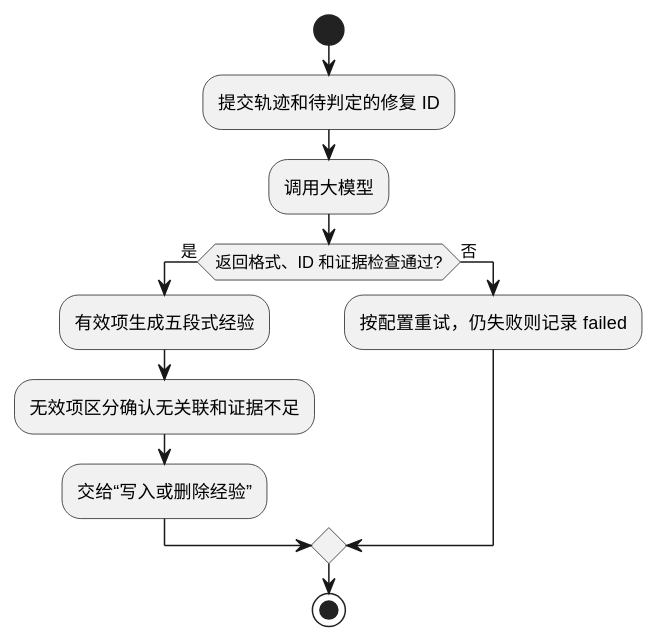
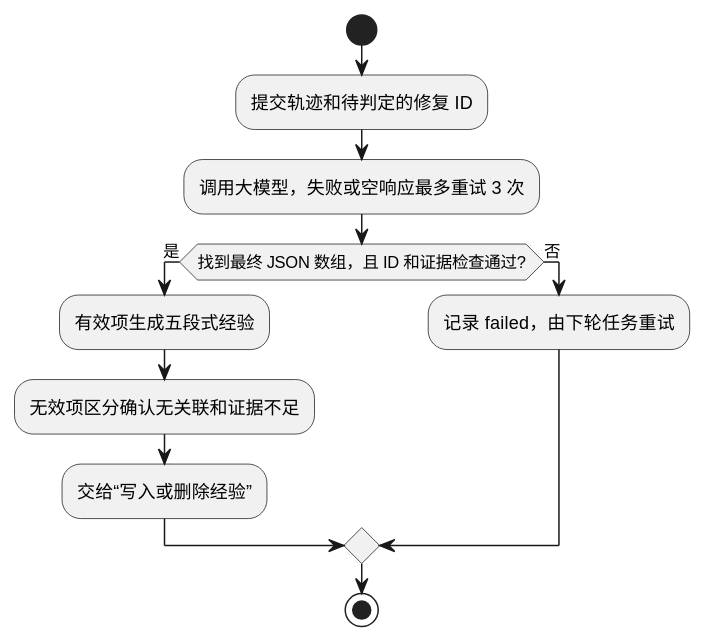
Diagram 11 of 15 in docs/调测轨迹经验提取设计文档.md (yf990848-droid/experience), drawn with PlantUML before and after one commit. The commit also changed other lines of this file, not shown here.

````diff
--- a/docs/调测轨迹经验提取设计文档.md
+++ b/docs/调测轨迹经验提取设计文档.md
@@ -431,15 +431,15 @@
 ```plantuml
 @startuml
 start
 :提交轨迹和待判定的修复 ID;
-:调用大模型;
-if (返回格式、ID 和证据检查通过?) then (是)
+:调用大模型，失败或空响应最多重试 3 次;
+if (找到最终 JSON 数组，且 ID 和证据检查通过?) then (是)
   :有效项生成五段式经验;
   :无效项区分确认无关联和证据不足;
   :交给“写入或删除经验”;
 else (否)
-  :按配置重试，仍失败则记录 failed;
+  :记录 failed，由下轮任务重试;
 endif
 stop
 @enduml
 ```
````
